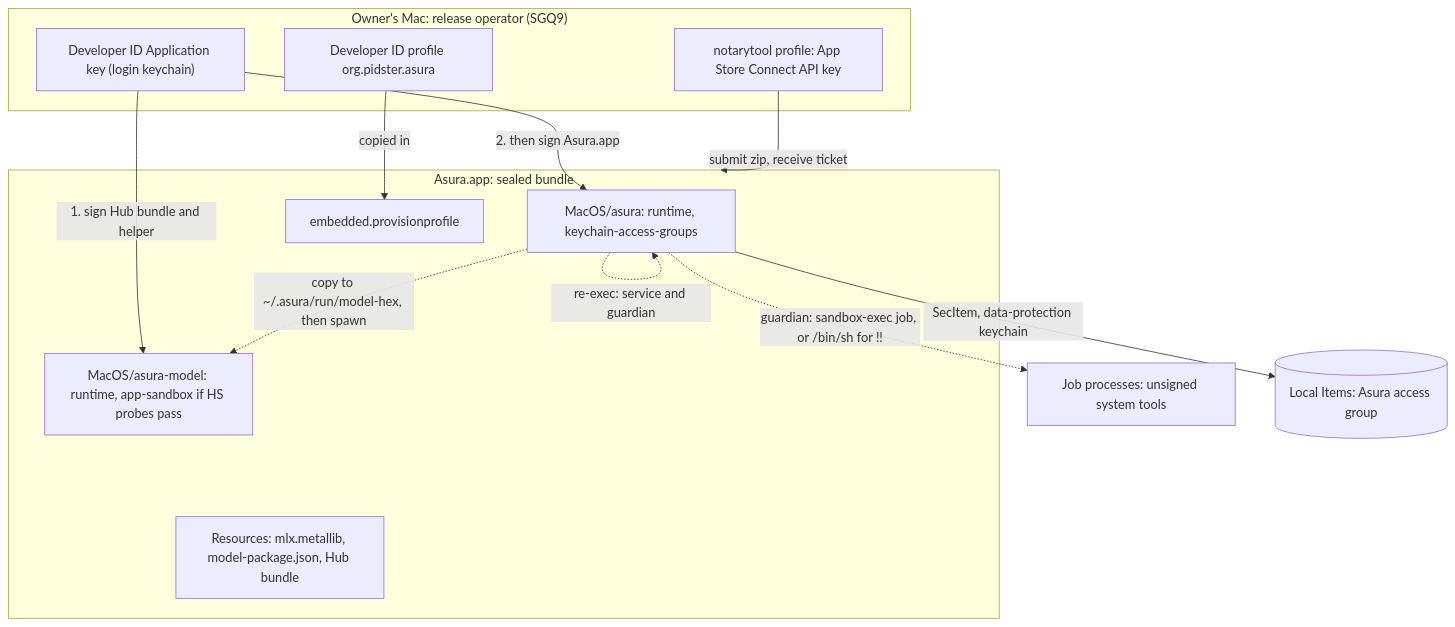
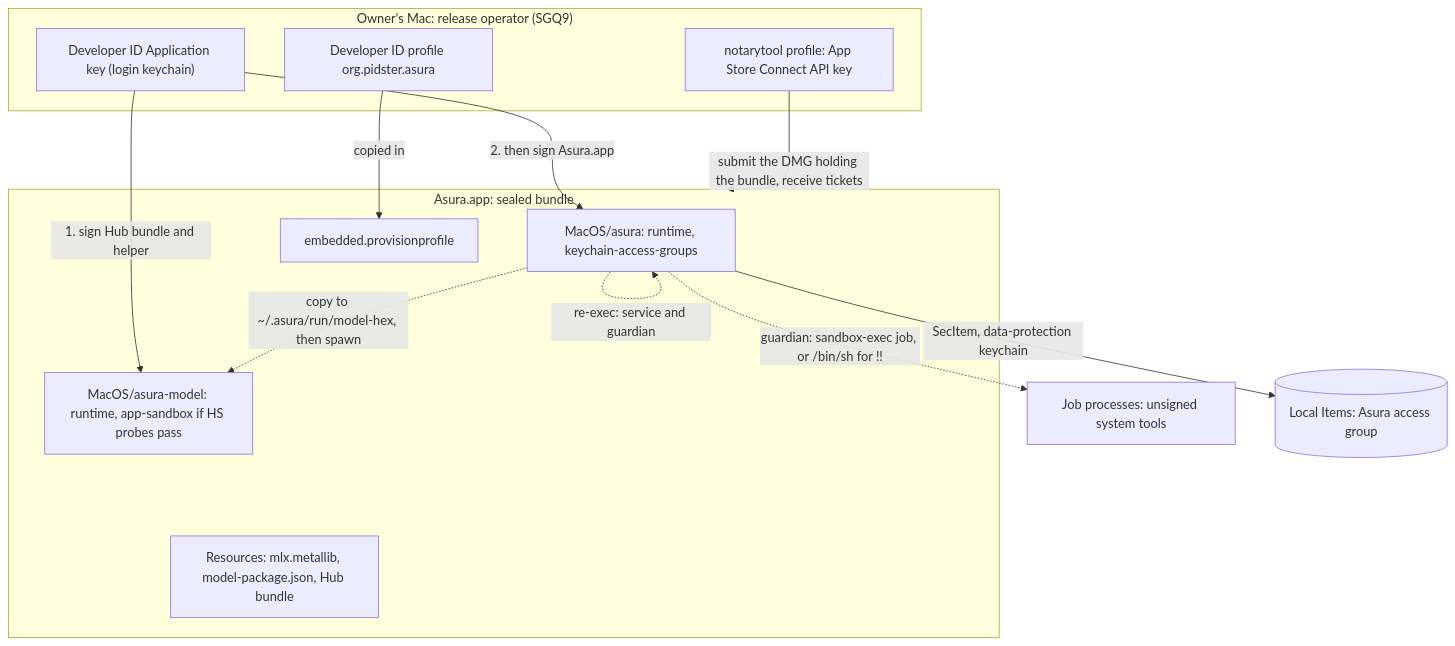
Before and after one commit to pidster/asura: the first of 17 diagrams in docs/designs/release-signing.md, drawn with Mermaid. The commit also changed other lines of this file and 10 other files, not shown here.

````diff
--- a/docs/designs/release-signing.md
+++ b/docs/designs/release-signing.md
@@ -278,22 +292,22 @@
 ```mermaid
 flowchart TD
     subgraph Operator["Owner's Mac: release operator (SGQ9)"]
         Cert["Developer ID Application key (login keychain)"]
         Notary["notarytool profile: App Store Connect API key"]
         Prof["Developer ID profile org.pidster.asura"]
     end
     subgraph Bundle["Asura.app: sealed bundle"]
         A["MacOS/asura: runtime, keychain-access-groups"]
         H["MacOS/asura-model: runtime, app-sandbox if HS probes pass"]
         R["Resources: mlx.metallib, model-package.json, Hub bundle"]
         P["embedded.provisionprofile"]
     end
     Cert -->|"1. sign Hub bundle and helper"| H
     Cert -->|"2. then sign Asura.app"| A
     Prof -->|"copied in"| P
-    Notary -->|"submit zip, receive ticket"| Bundle
+    Notary -->|"submit the DMG holding the bundle, receive tickets"| Bundle
     A -.->|"re-exec: service and guardian"| A
     A -.->|"copy to ~/.asura/run/model-hex, then spawn"| H
     A -.->|"guardian: sandbox-exec job, or /bin/sh for !!"| Jobs["Job processes: unsigned system tools"]
     A -->|"SecItem, data-protection keychain"| KC[("Local Items: Asura access group")]
 ```
````
